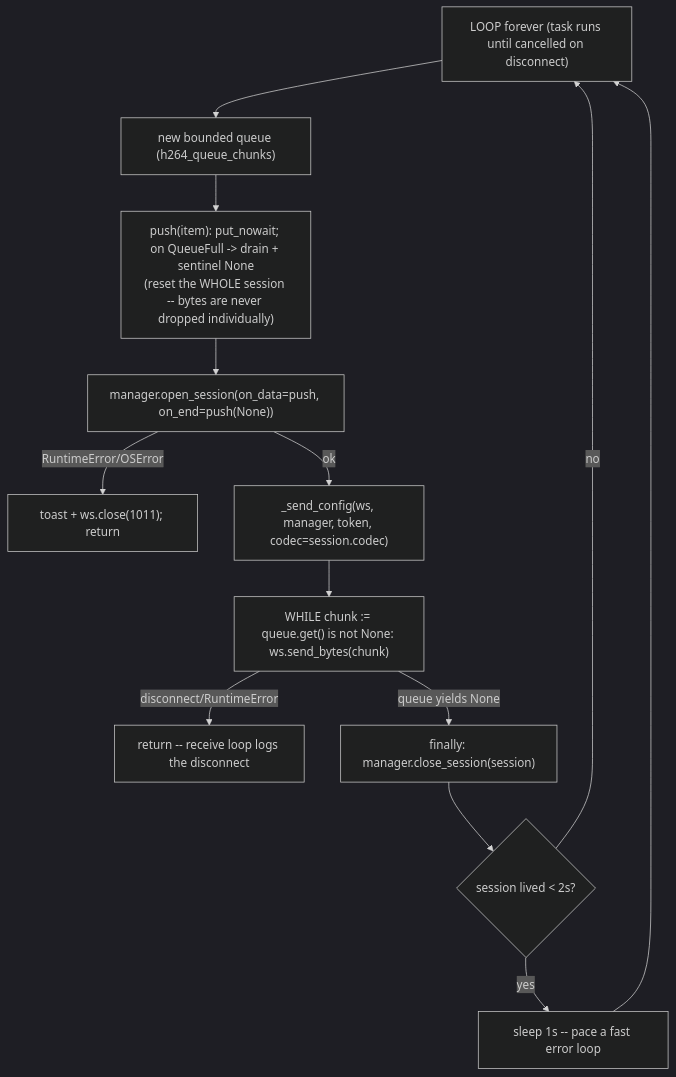
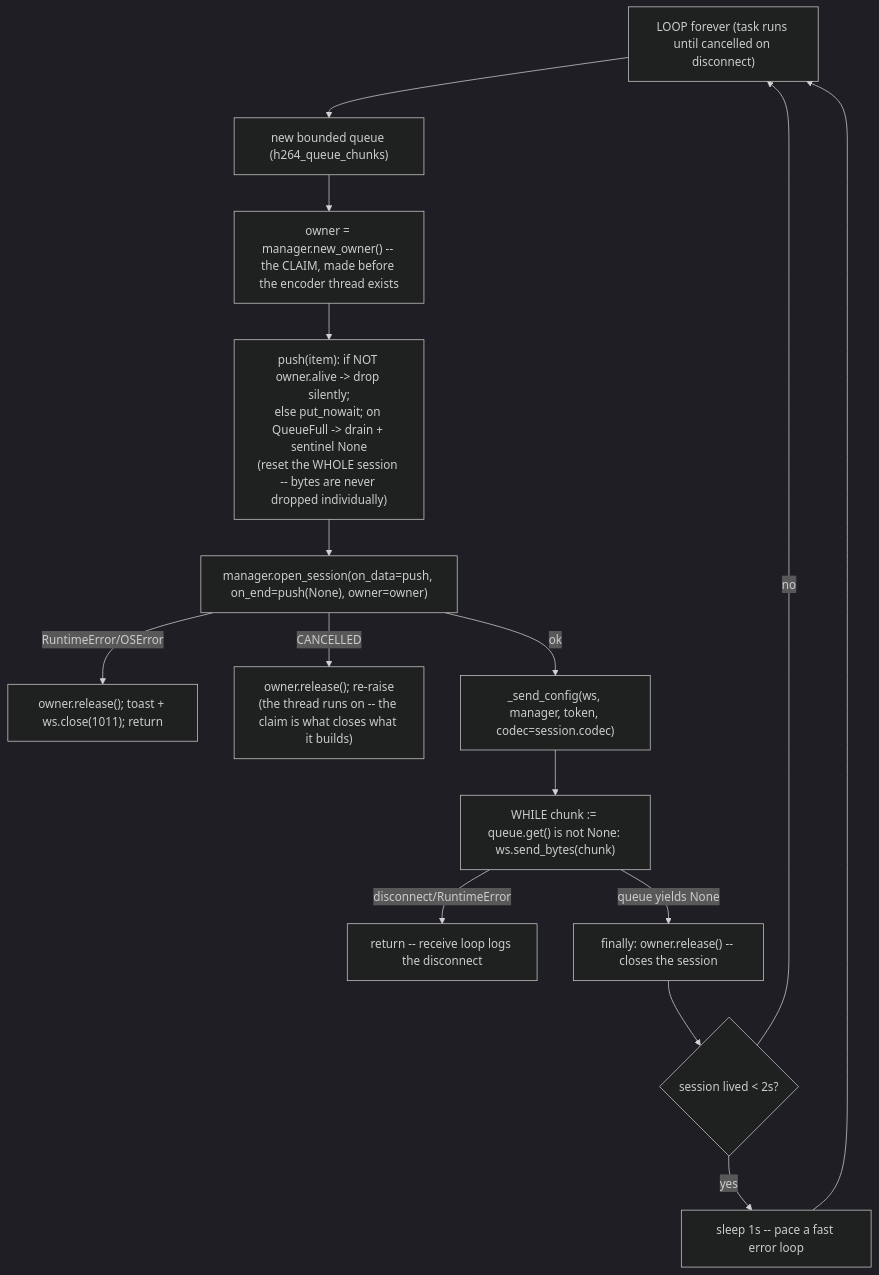
One commit to UVuruna/Remote-User changed the third of 3 diagrams in server/__flow/web.md. Above: the diagram before and after it, drawn with Mermaid (dark theme). The commit also changed other lines of this file and 12 other files, not shown here.

````diff
--- a/server/__flow/web.md
+++ b/server/__flow/web.md
@@ -66,15 +66,17 @@
 ```mermaid
 flowchart TB
     A["LOOP forever (task runs until cancelled on disconnect)"] --> B["new bounded queue (h264_queue_chunks)"]
-    B --> C["push(item): put_nowait; on QueueFull -> drain + sentinel None\n(reset the WHOLE session -- bytes are never dropped individually)"]
-    C --> D["manager.open_session(on_data=push, on_end=push(None))"]
-    D -- RuntimeError/OSError --> E["toast + ws.close(1011); return"]
+    B --> B2["owner = manager.new_owner() -- the CLAIM, made before the encoder thread exists"]
+    B2 --> C["push(item): if NOT owner.alive -> drop silently;\nelse put_nowait; on QueueFull -> drain + sentinel None\n(reset the WHOLE session -- bytes are never dropped individually)"]
+    C --> D["manager.open_session(on_data=push, on_end=push(None), owner=owner)"]
+    D -- RuntimeError/OSError --> E["owner.release(); toast + ws.close(1011); return"]
+    D -- CANCELLED --> E2["owner.release(); re-raise\n(the thread runs on -- the claim is what closes what it builds)"]
     D -- ok --> F["_send_config(ws, manager, token, codec=session.codec)"]
     F --> G["WHILE chunk := queue.get() is not None: ws.send_bytes(chunk)"]
     G -- disconnect/RuntimeError --> H[return -- receive loop logs the disconnect]
-    G -- queue yields None --> I["finally: manager.close_session(session)"]
+    G -- queue yields None --> I["finally: owner.release() -- closes the session"]
     I --> J{session lived < 2s?}
     J -- yes --> K["sleep 1s -- pace a fast error loop"]
     J -- no --> A
     K --> A
 ```
````
